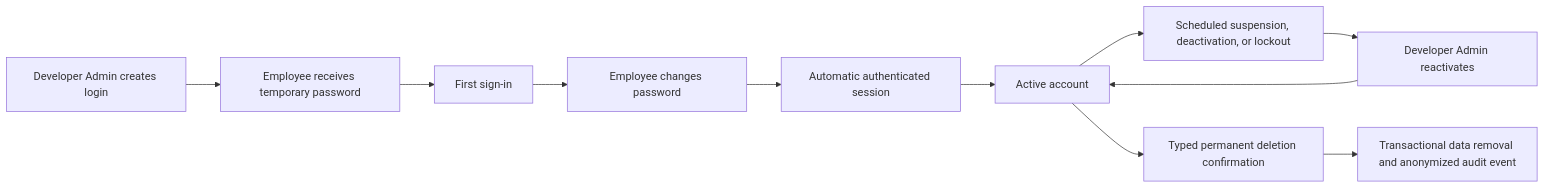
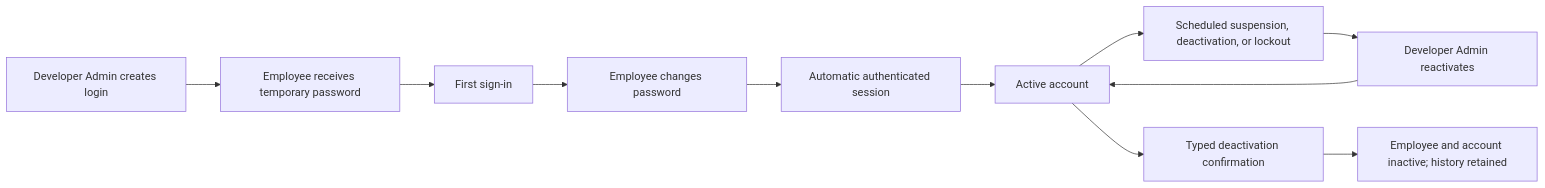
The first of 4 diagrams in docs/OPERATIONS_AND_WORKFLOWS.md (Sameerreddy-ATD/Atd-Hrms), drawn with Mermaid before and after one commit. The commit also changed other lines of this file and 42 other files, not shown here.

````diff
--- a/docs/OPERATIONS_AND_WORKFLOWS.md
+++ b/docs/OPERATIONS_AND_WORKFLOWS.md
@@ -37,13 +42,13 @@
 ```mermaid
 flowchart LR
   A["Developer Admin creates login"] --> B["Employee receives temporary password"]
   B --> C["First sign-in"]
   C --> D["Employee changes password"]
   D --> E["Automatic authenticated session"]
   E --> F["Active account"]
   F --> G["Scheduled suspension, deactivation, or lockout"]
   G --> H["Developer Admin reactivates"]
   H --> F
-  F --> I["Typed permanent deletion confirmation"]
-  I --> J["Transactional data removal and anonymized audit event"]
+  F --> I["Typed deactivation confirmation"]
+  I --> J["Employee and account inactive; history retained"]
 ```
````
